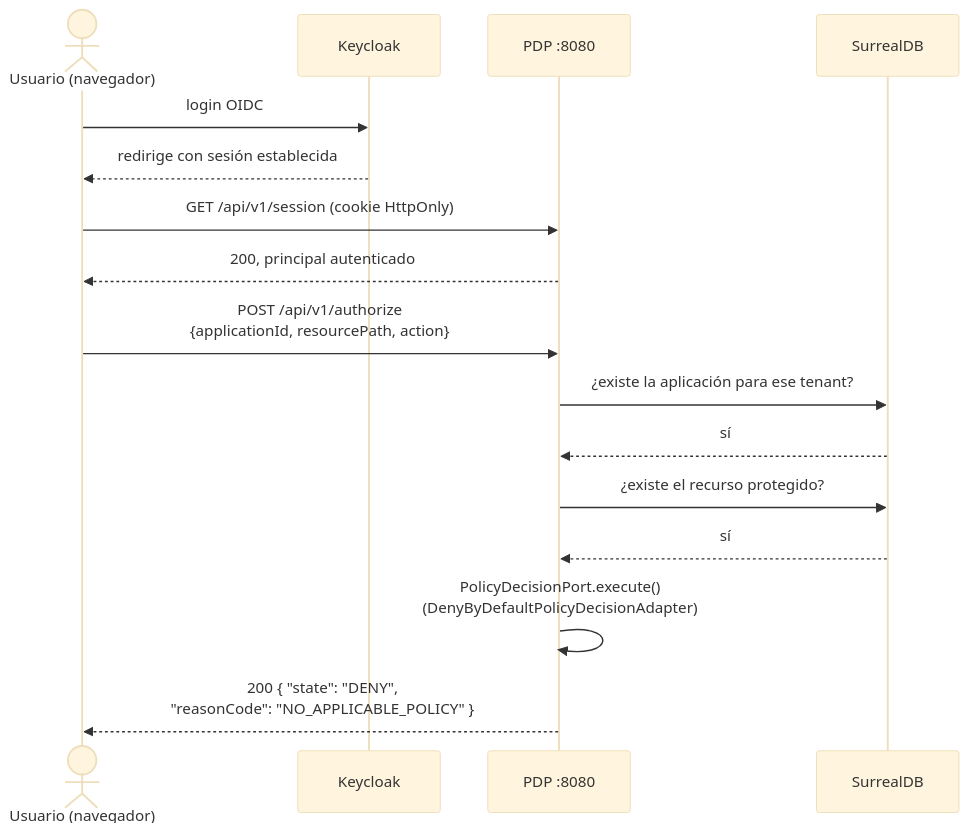
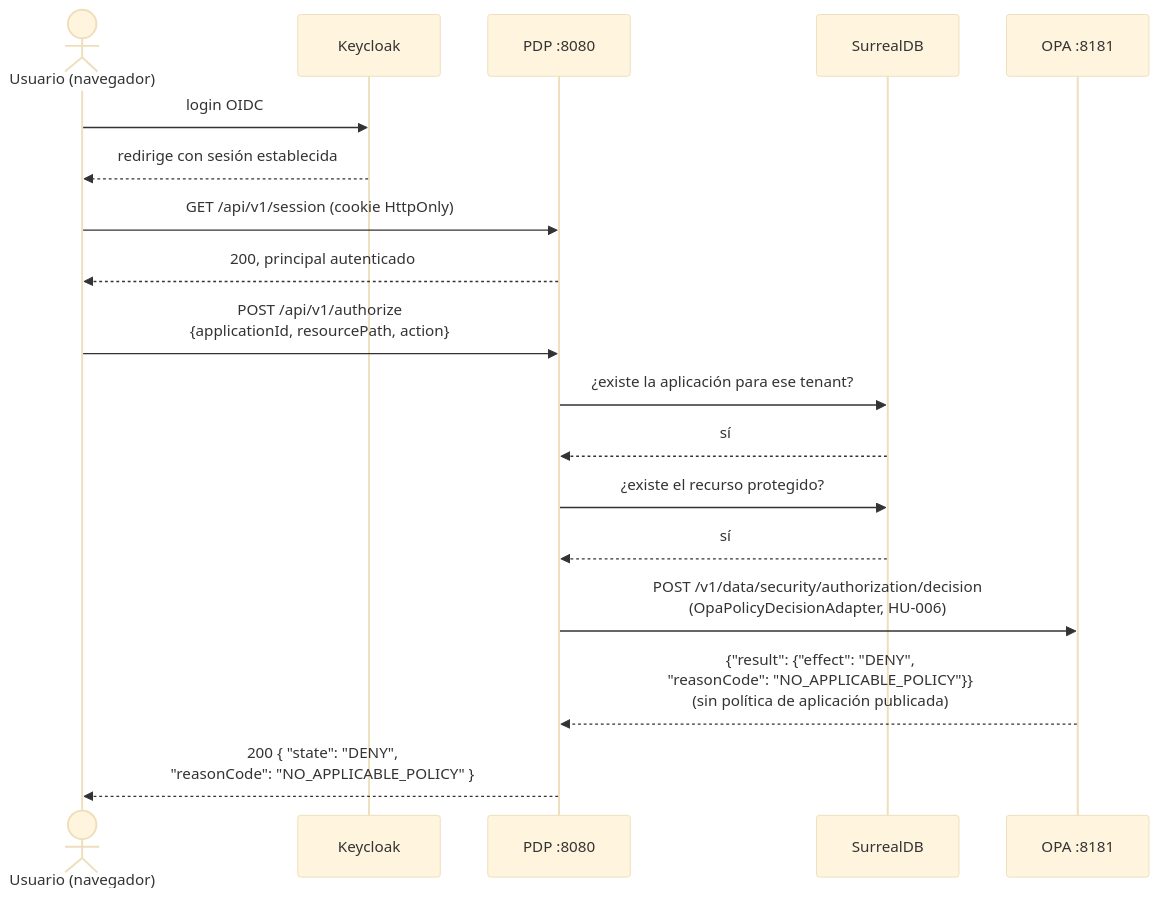
One commit to Seguridad-UCO/securityBaseline changed the second of 3 diagrams in docs/PLATAFORMA.md. Above: the diagram before and after it, drawn with Mermaid (base theme). The commit also changed other lines of this file and 23 other files, not shown here.

First line of the commit message:
feat(authorization): adaptador real de OPA sobre PolicyDecisionPort (HU-006)

````diff
--- a/docs/PLATAFORMA.md
+++ b/docs/PLATAFORMA.md
@@ -195,20 +196,22 @@
 ```mermaid
 sequenceDiagram
     actor U as Usuario (navegador)
     participant KC as Keycloak
     participant PDP as PDP :8080
     participant DB as SurrealDB
+    participant OPA as OPA :8181
 
     U->>KC: login OIDC
     KC-->>U: redirige con sesión establecida
     U->>PDP: GET /api/v1/session (cookie HttpOnly)
     PDP-->>U: 200, principal autenticado
 
     U->>PDP: POST /api/v1/authorize<br/>{applicationId, resourcePath, action}
     PDP->>DB: ¿existe la aplicación para ese tenant?
     DB-->>PDP: sí
     PDP->>DB: ¿existe el recurso protegido?
     DB-->>PDP: sí
-    PDP->>PDP: PolicyDecisionPort.execute()<br/>(DenyByDefaultPolicyDecisionAdapter)
+    PDP->>OPA: POST /v1/data/security/authorization/decision<br/>(OpaPolicyDecisionAdapter, HU-006)
+    OPA-->>PDP: {"result": {"effect": "DENY",<br/>"reasonCode": "NO_APPLICABLE_POLICY"}}<br/>(sin política de aplicación publicada)
     PDP-->>U: 200 { "state": "DENY",<br/>"reasonCode": "NO_APPLICABLE_POLICY" }
 ```
````
